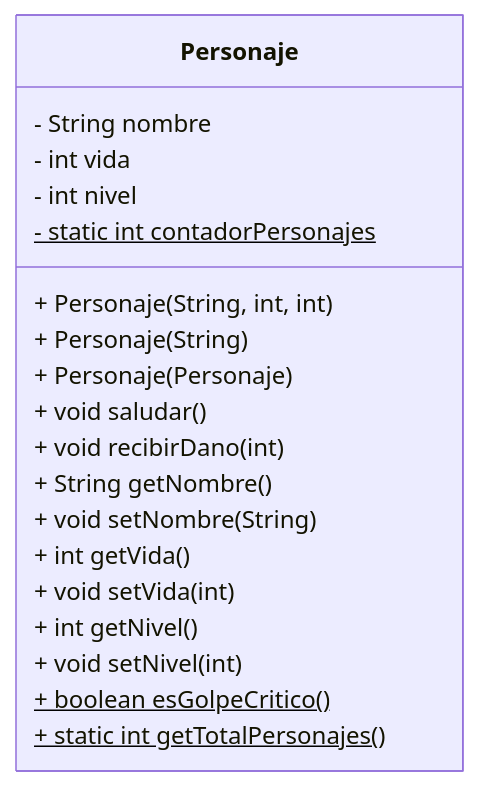
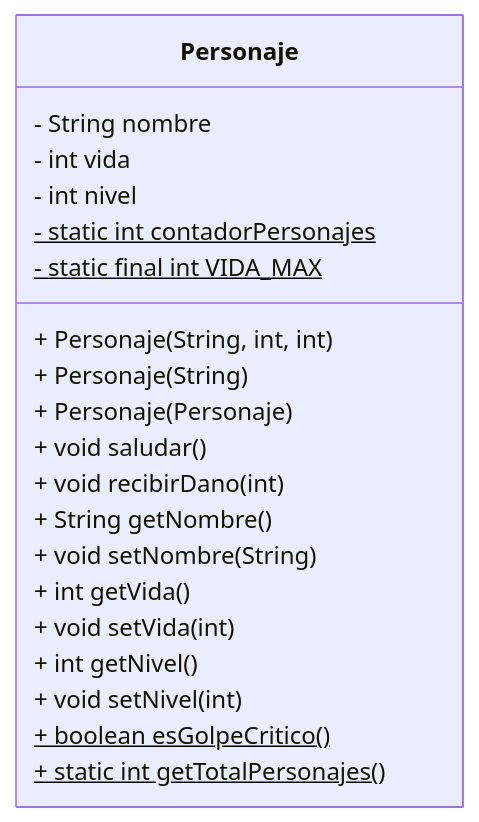
One commit to JMAbadLopez/programacion changed the fifth of 5 diagrams in docs/unidades/ud05.md. Above: the diagram before and after it, drawn with Mermaid. The commit also changed other lines of this file and 4 other files, not shown here.

````diff
--- a/docs/unidades/ud05.md
+++ b/docs/unidades/ud05.md
@@ -881,22 +925,23 @@
 ```mermaid
 classDiagram
     class Personaje {
         - String nombre
         - int vida
         - int nivel
         - static int contadorPersonajes$
+        - static final int VIDA_MAX$
         + Personaje(String, int, int)
         + Personaje(String)
         + Personaje(Personaje)
         + void saludar()
         + void recibirDano(int)
         + String getNombre()
         + void setNombre(String)
         + int getVida()
         + void setVida(int)
         + int getNivel()
         + void setNivel(int)
         + boolean esGolpeCritico()$
         + static int getTotalPersonajes()$
     }
 ```
````
